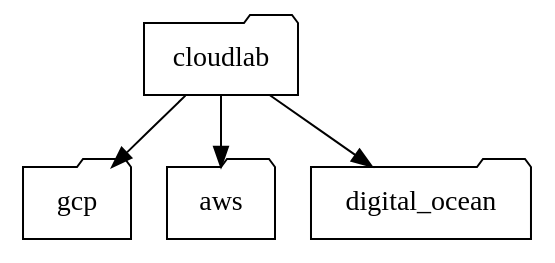
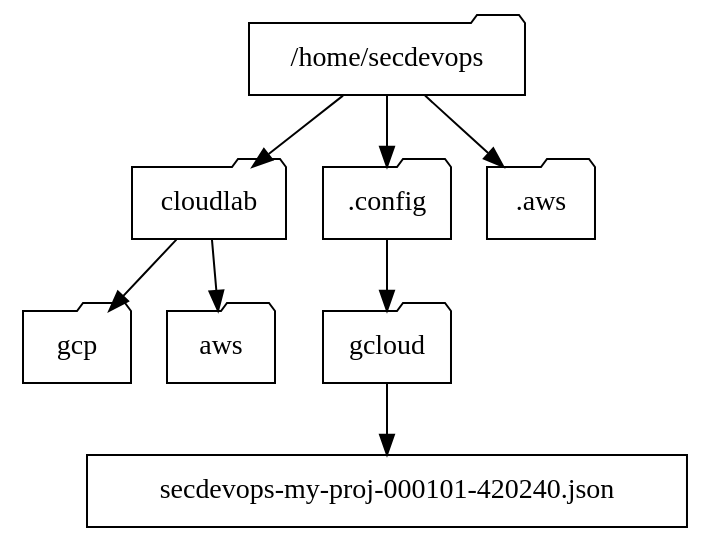
Before and after one commit to ajcborges/devsecops-tactical-workbook: the diagram in docs/_source/infrastructure.rst, drawn with Graphviz. The commit also changed other lines of this file and 17 other files, not shown here.

```diff
--- a/docs/_source/infrastructure.rst
+++ b/docs/_source/infrastructure.rst
@@ -70,13 +109,22 @@
 .. graphviz::
    :caption: GitHub Actions
    :align: center
 
    digraph folders {
+      "/home/secdevops" [shape=folder];
       "cloudlab" [shape=folder];
+      ".config" [shape=folder];
+      "gcloud" [shape=folder];
+      "secdevops-my-proj-000101-420240.json" [shape=rect];
+      ".aws" [shape=folder];
       "gcp" [shape=folder];
       "aws" [shape=folder];
-      "digital_ocean" [shape=folder];
+
+      "/home/secdevops" -> ".aws";
+      "/home/secdevops" -> ".config";
+      ".config" -> "gcloud";
+      "gcloud" -> "secdevops-my-proj-000101-420240.json";
+      "/home/secdevops" -> "cloudlab";
       "cloudlab" -> "aws";
-      "cloudlab" -> "digital_ocean";
       "cloudlab" -> "gcp";
    }
```
